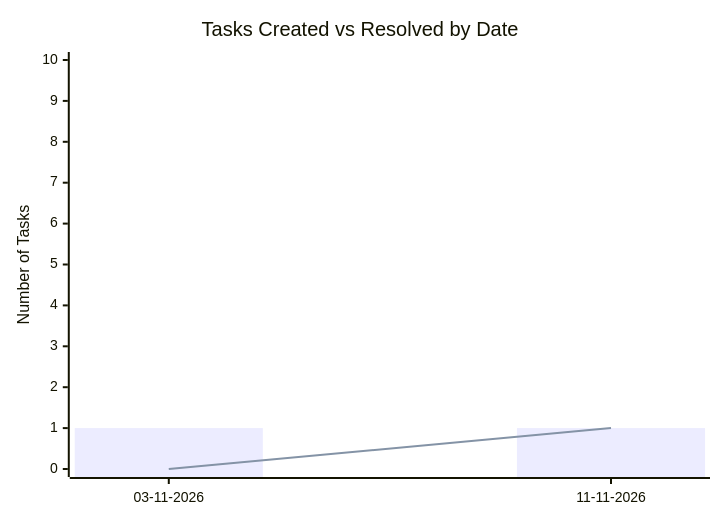
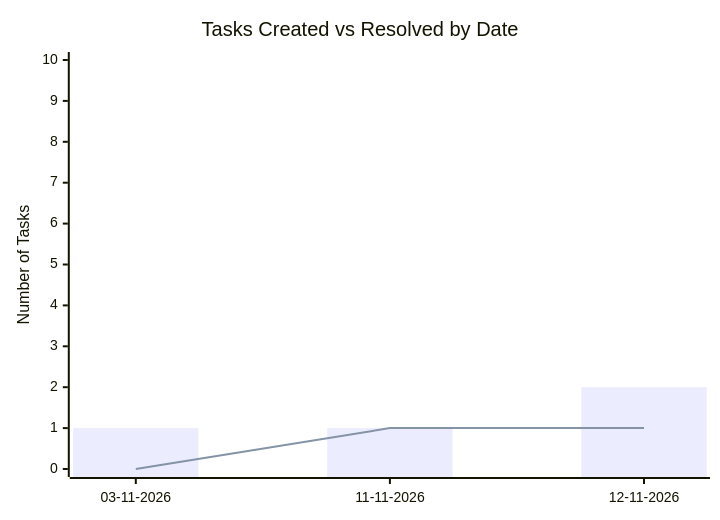
The second of 2 diagrams in Koha/Analytics.md (sagarms97/MyWorkDairy), drawn with Mermaid before and after one commit. The commit also changed other lines of this file and 6 other files, not shown here.

````diff
--- a/Koha/Analytics.md
+++ b/Koha/Analytics.md
@@ -25,8 +26,8 @@
 ```mermaid
 xychart-beta
     title "Tasks Created vs Resolved by Date"
-    x-axis ["03-11-2026", "11-11-2026"]
+    x-axis ["03-11-2026", "11-11-2026", "12-11-2026"]
     y-axis "Number of Tasks" 0 --> 10
-    bar [1, 1]
-    line [0, 1]
+    bar [1, 1, 2]
+    line [0, 1, 1]
 ```
````
